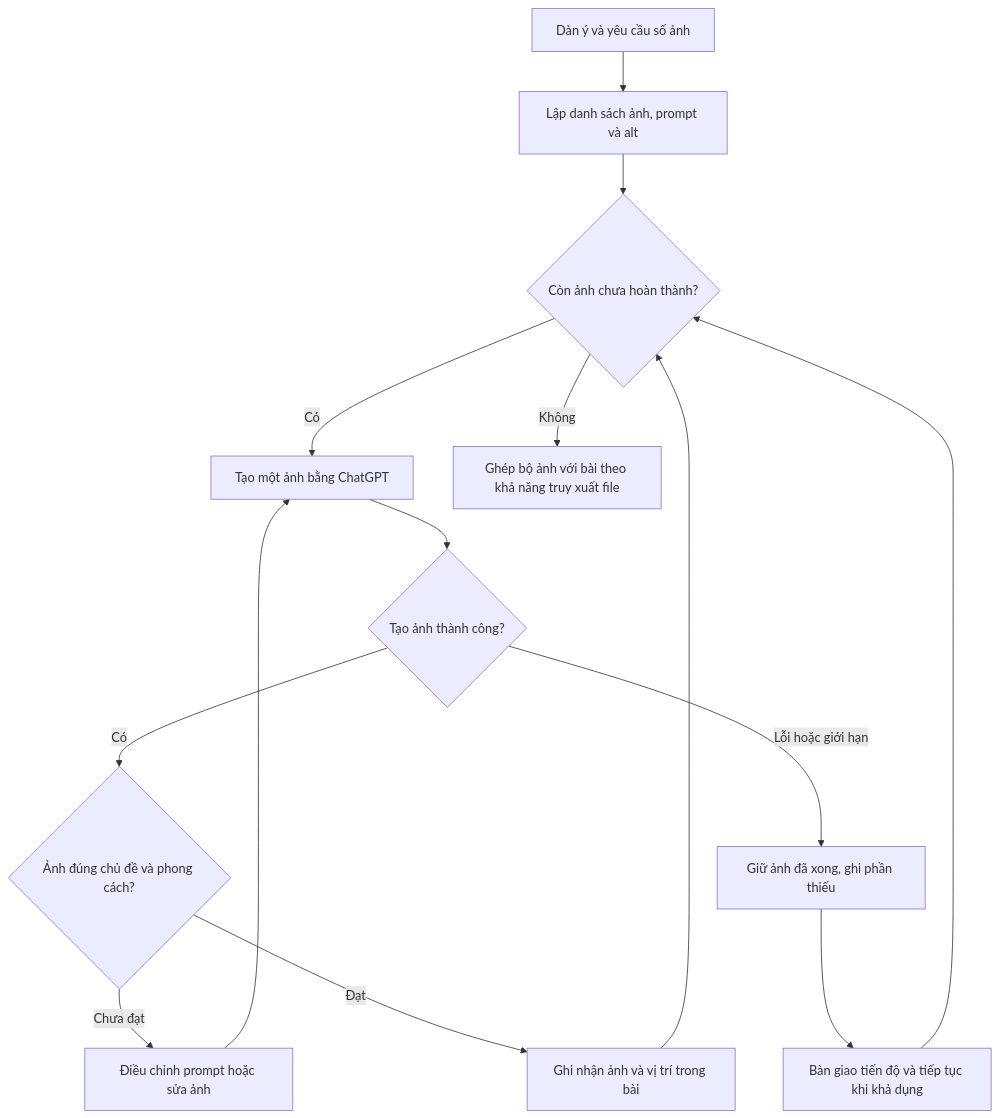
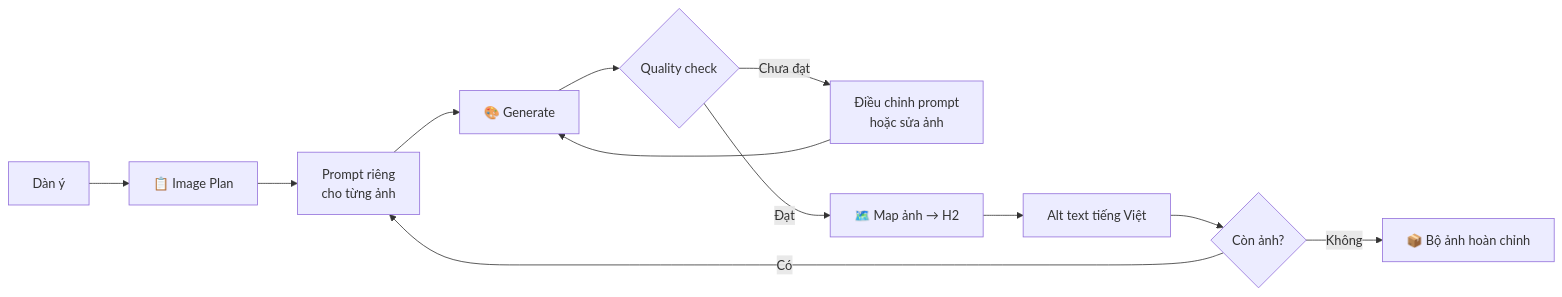
One commit to LiemproAI/seo-blog-writer-skill changed the second of 4 diagrams in README.md. Above: the diagram before and after it, drawn with Mermaid. The commit also changed other lines of this file, not shown here.

Commit message:
docs: redesign README with full workflow and Mermaid diagrams

````diff
--- a/README.md
+++ b/README.md
@@ -70,16 +187,14 @@
 ```mermaid
-flowchart TD
-    A["Dàn ý và yêu cầu số ảnh"] --> B["Lập danh sách ảnh, prompt và alt"]
-    B --> C{"Còn ảnh chưa hoàn thành?"}
-    C -->|Có| D["Tạo một ảnh bằng ChatGPT"]
-    D --> E{"Tạo ảnh thành công?"}
-    E -->|Có| F{"Ảnh đúng chủ đề và phong cách?"}
-    F -->|Chưa đạt| G["Điều chỉnh prompt hoặc sửa ảnh"]
-    G --> D
-    F -->|Đạt| H["Ghi nhận ảnh và vị trí trong bài"]
-    H --> C
-    E -->|Lỗi hoặc giới hạn| I["Giữ ảnh đã xong, ghi phần thiếu"]
-    I --> J["Bàn giao tiến độ và tiếp tục khi khả dụng"]
-    J --> C
-    C -->|Không| K["Ghép bộ ảnh với bài theo khả năng truy xuất file"]
+flowchart LR
+    O["Dàn ý"] --> P["📋 Image Plan"]
+    P --> Q["Prompt riêng<br/>cho từng ảnh"]
+    Q --> G["🎨 Generate"]
+    G --> C{"Quality check"}
+    C -->|Chưa đạt| R["Điều chỉnh prompt<br/>hoặc sửa ảnh"]
+    R --> G
+    C -->|Đạt| M["🗺️ Map ảnh → H2"]
+    M --> A["Alt text tiếng Việt"]
+    A --> N{"Còn ảnh?"}
+    N -->|Có| Q
+    N -->|Không| F["📦 Bộ ảnh hoàn chỉnh"]
 ```
````
